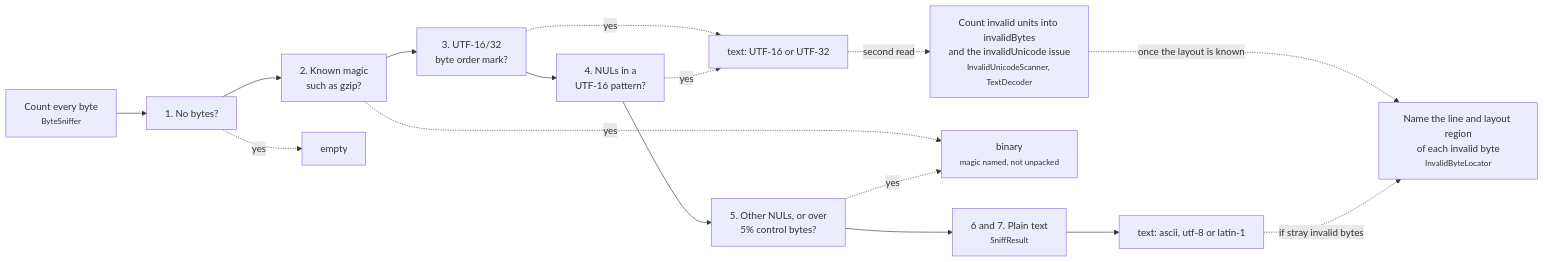
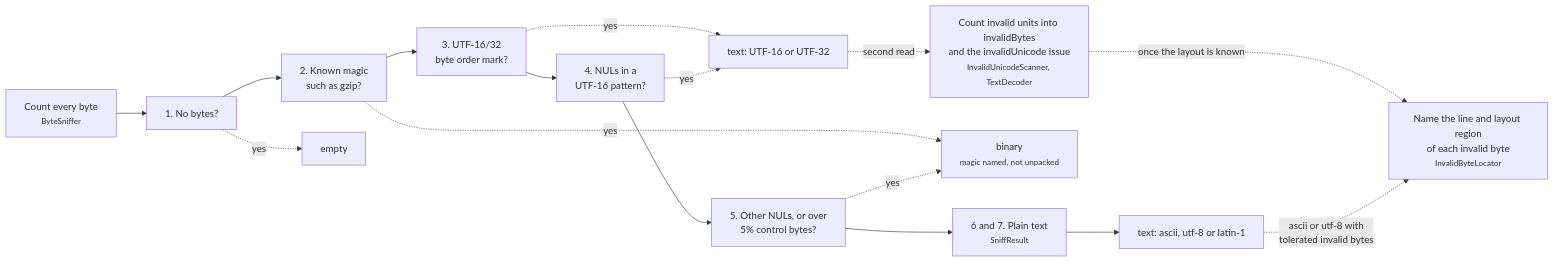
Diagram 31 of 31 in docs/how-it-works.md (squalor-xyz/squalify), drawn with Mermaid before and after one commit. The commit also changed 10 other files, not shown here.

````diff
--- a/docs/how-it-works.md
+++ b/docs/how-it-works.md
@@ -506,18 +506,18 @@
 ```mermaid
 flowchart LR
     S["Count every byte<br/><small>ByteSniffer</small>"] --> R1["1. No bytes?"]
     R1 --> R2["2. Known magic<br/>such as gzip?"]
     R2 --> R3["3. UTF-16/32<br/>byte order mark?"]
     R3 --> R4["4. NULs in a<br/>UTF-16 pattern?"]
     R4 --> R5["5. Other NULs, or over<br/>5% control bytes?"]
     R5 --> R6["6 and 7. Plain text<br/><small>SniffResult</small>"]
     R1 -. "yes" .-> E["empty"]
     R2 -. "yes" .-> B["binary<br/><small>magic named, not unpacked</small>"]
     R5 -. "yes" .-> B
     R3 -. "yes" .-> T16["text: UTF-16 or UTF-32"]
     R4 -. "yes" .-> T16
     T16 -. "second read" .-> V["Count invalid units into invalidBytes<br/>and the invalidUnicode issue<br/><small>InvalidUnicodeScanner, TextDecoder</small>"]
     R6 --> T["text: ascii, utf-8 or latin-1"]
     V -. "once the layout is known" .-> L["Name the line and layout region<br/>of each invalid byte<br/><small>InvalidByteLocator</small>"]
-    T -. "if stray invalid bytes" .-> L
+    T -. "ascii or utf-8 with<br/>tolerated invalid bytes" .-> L
 ```
````
